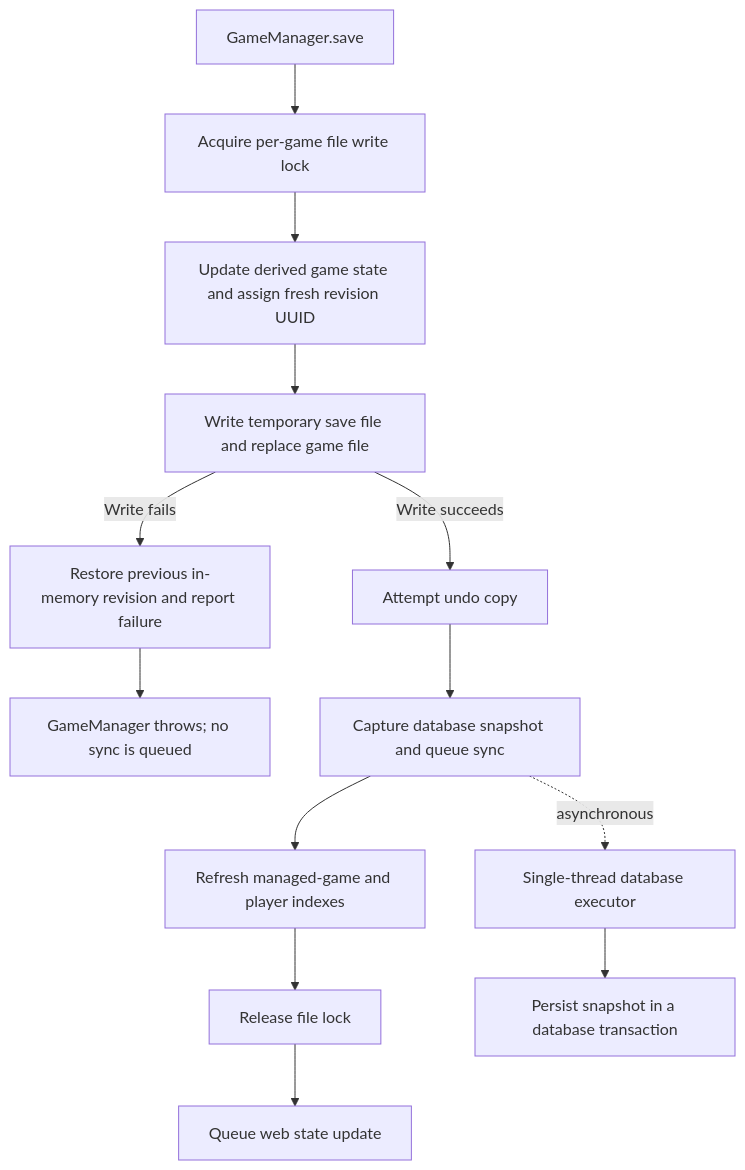
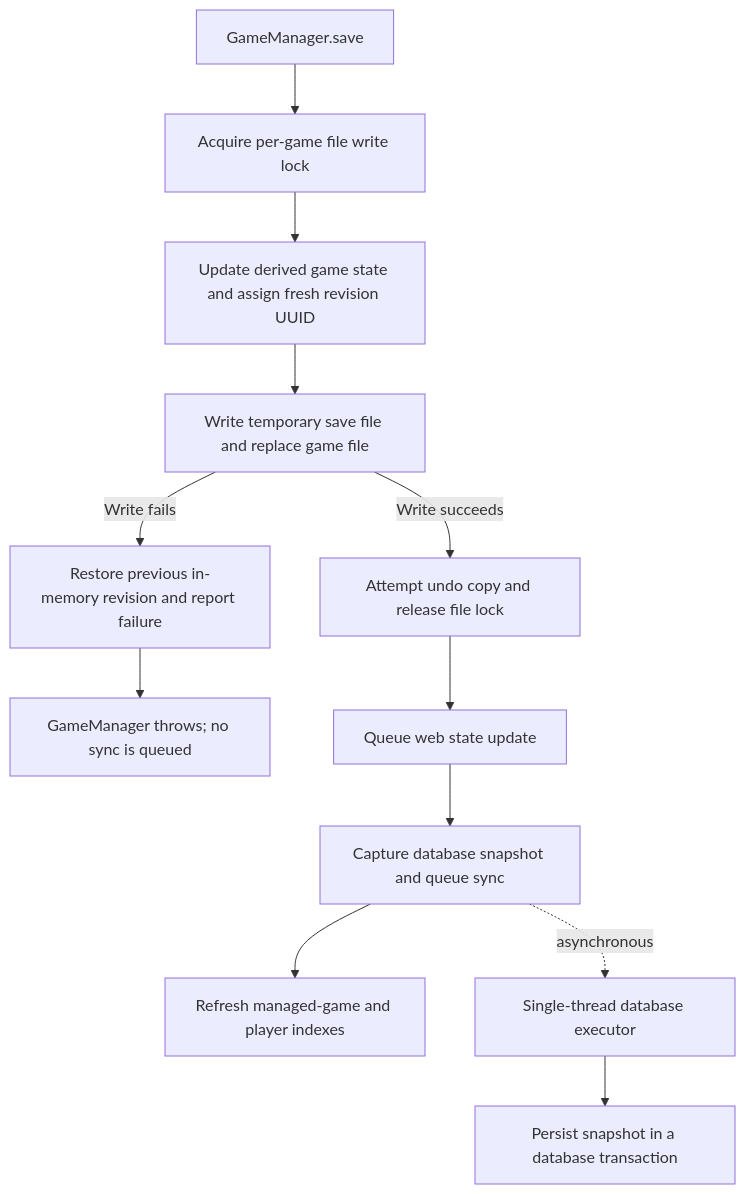
The first of 4 diagrams in src/main/java/ti4/game/persistence/README.md (AsyncTI4/TI4_map_generator_bot), drawn with Mermaid before and after one commit. The commit also changed other lines of this file and 14 other files, not shown here.

````diff
--- a/src/main/java/ti4/game/persistence/README.md
+++ b/src/main/java/ti4/game/persistence/README.md
@@ -30,15 +30,14 @@
 ```mermaid
 flowchart TD
     A[GameManager.save] --> B[Acquire per-game file write lock]
     B --> C[Update derived game state and assign fresh revision UUID]
     C --> D[Write temporary save file and replace game file]
     D -->|Write fails| E[Restore previous in-memory revision and report failure]
     E --> F[GameManager throws; no sync is queued]
-    D -->|Write succeeds| G[Attempt undo copy]
-    G --> I[Capture database snapshot and queue sync]
+    D -->|Write succeeds| G[Attempt undo copy and release file lock]
+    G --> H[Queue web state update]
+    H --> I[Capture database snapshot and queue sync]
     I --> J[Refresh managed-game and player indexes]
-    J --> R[Release file lock]
-    R --> H[Queue web state update]
     I -. asynchronous .-> K[Single-thread database executor]
     K --> L[Persist snapshot in a database transaction]
 ```
````
